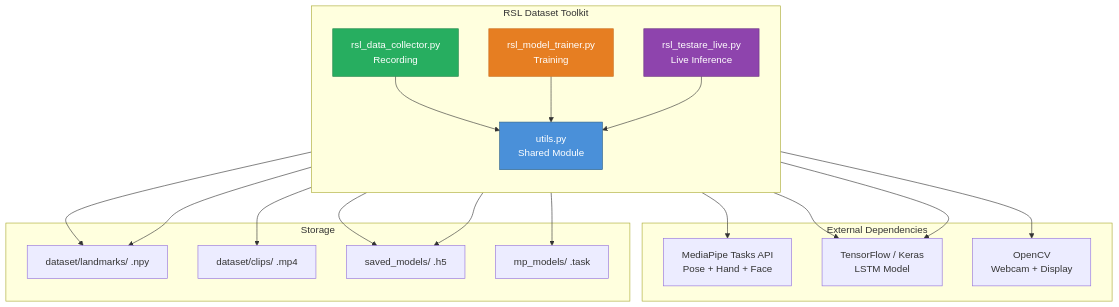
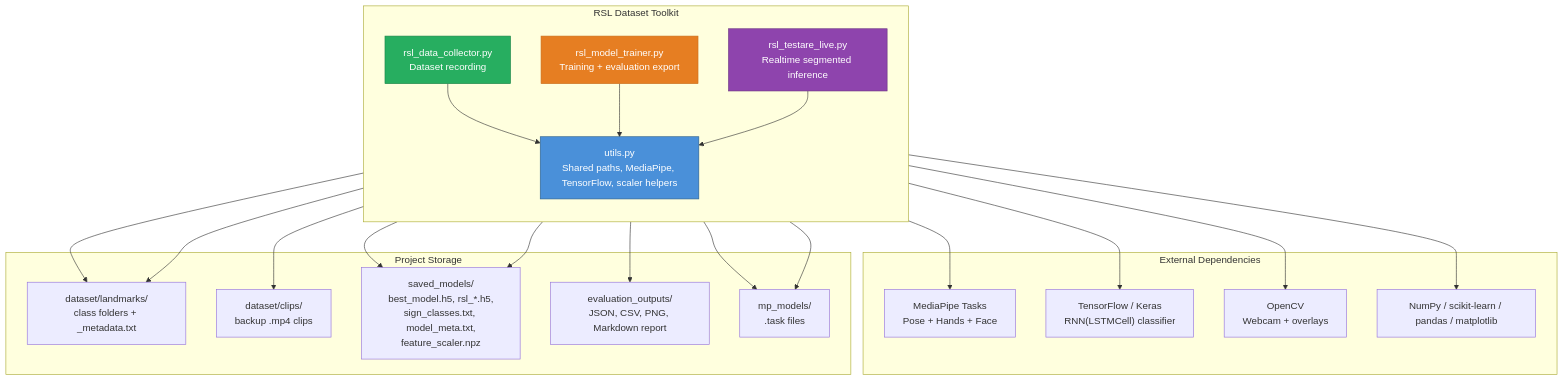
Before and after one commit to IuraHD/rsllearn: the first of 9 diagrams in RSLdataset/docs/DIAGRAMS.md, drawn with Mermaid. The commit also changed other lines of this file and 23 other files, not shown here.

Commit message:
Enhance RSL training workflow and seed data

````diff
--- a/RSLdataset/docs/DIAGRAMS.md
+++ b/RSLdataset/docs/DIAGRAMS.md
@@ -10,38 +10,47 @@
 ```mermaid
 graph TB
-    subgraph RSL_Dataset_Toolkit[RSL Dataset Toolkit]
+    subgraph Toolkit["RSL Dataset Toolkit"]
         direction TB
-        U["utils.py<br/>Shared Module"]
-        C["rsl_data_collector.py<br/>Recording"]
-        T["rsl_model_trainer.py<br/>Training"]
-        L["rsl_testare_live.py<br/>Live Inference"]
+        U["utils.py<br/>Shared paths, MediaPipe, TensorFlow, scaler helpers"]
+        C["rsl_data_collector.py<br/>Dataset recording"]
+        T["rsl_model_trainer.py<br/>Training + evaluation export"]
+        L["rsl_testare_live.py<br/>Realtime segmented inference"]
         C --> U
         T --> U
         L --> U
     end
-    subgraph External[External Dependencies]
-        MP["MediaPipe Tasks API<br/>Pose + Hand + Face"]
-        TF["TensorFlow / Keras<br/>LSTM Model"]
-        CV["OpenCV<br/>Webcam + Display"]
+
+    subgraph External["External Dependencies"]
+        MP["MediaPipe Tasks<br/>Pose + Hands + Face"]
+        TF["TensorFlow / Keras<br/>RNN(LSTMCell) classifier"]
+        CV["OpenCV<br/>Webcam + overlays"]
+        SK["NumPy / scikit-learn / pandas / matplotlib"]
     end
+
+    subgraph Storage["Project Storage"]
+        LM["dataset/landmarks/<br/>class folders + _metadata.txt"]
+        CL["dataset/clips/<br/>backup .mp4 clips"]
+        SM["saved_models/<br/>best_model.h5, rsl_*.h5,<br/>sign_classes.txt, model_meta.txt,<br/>feature_scaler.npz"]
+        EV["evaluation_outputs/<br/>JSON, CSV, PNG, Markdown report"]
+        MM["mp_models/<br/>.task files"]
+    end
+
     U --> MP
     U --> CV
-    T --> TF
-    L --> TF
-    subgraph Storage
-        LM["dataset/landmarks/ .npy"]
-        CL["dataset/clips/ .mp4"]
-        SM["saved_models/ .h5"]
-        MM["mp_models/ .task"]
-    end
+    U --> TF
+    T --> SK
+
     C --> LM
     C --> CL
+    C --> MM
     T --> LM
     T --> SM
+    T --> EV
     L --> SM
-    U --> MM
+    L --> MM
+
     style U fill:#4a90d9,stroke:#2c5f8a,color:#fff
     style C fill:#27ae60,stroke:#1e8449,color:#fff
     style T fill:#e67e22,stroke:#ca6f1e,color:#fff
     style L fill:#8e44ad,stroke:#6c3483,color:#fff
 ```
````
